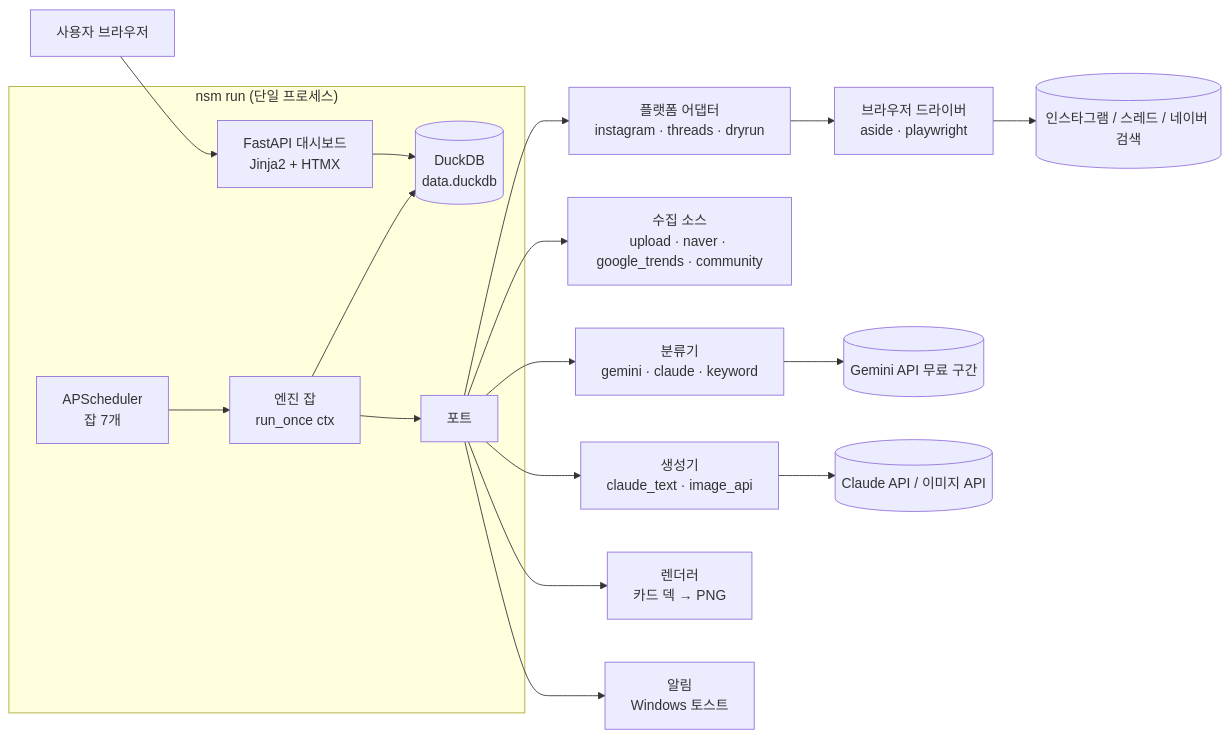
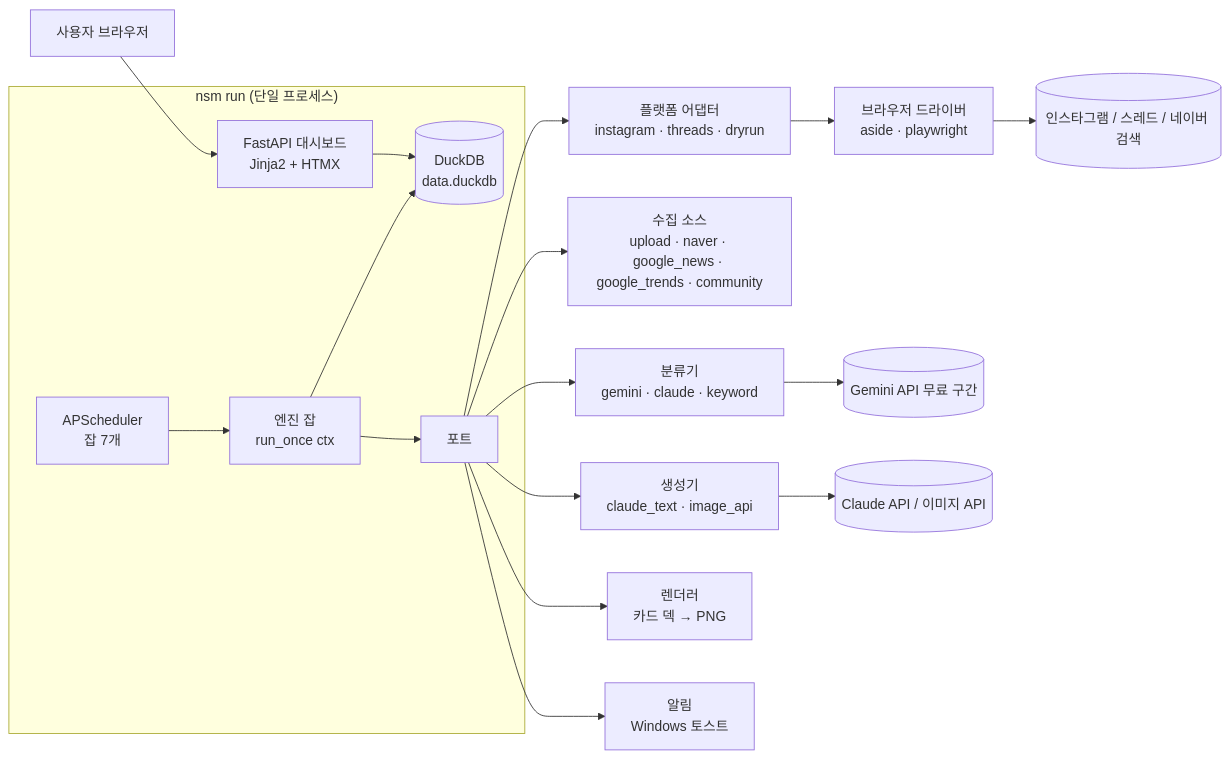
Before and after one commit to idktomorrow/non-sleep-marketer: the first of 3 diagrams in docs/architecture.md, drawn with Mermaid. The commit also changed other lines of this file and 16 other files, not shown here.

First line of the commit message:
feat(sources): collect topic news from Google News RSS

````diff
--- a/docs/architecture.md
+++ b/docs/architecture.md
@@ -9,20 +9,20 @@
 ```mermaid
 flowchart LR
   subgraph P["nsm run (단일 프로세스)"]
     S[APScheduler<br/>잡 7개] --> E[엔진 잡<br/>run_once ctx]
     W[FastAPI 대시보드<br/>Jinja2 + HTMX] --> R[(DuckDB<br/>data.duckdb)]
     E --> R
     E --> PT[포트]
   end
   PT --> PA[플랫폼 어댑터<br/>instagram · threads · dryrun]
-  PT --> SRC[수집 소스<br/>upload · naver · google_trends · community]
+  PT --> SRC[수집 소스<br/>upload · naver · google_news · google_trends · community]
   PT --> CL[분류기<br/>gemini · claude · keyword]
   PT --> GEN[생성기<br/>claude_text · image_api]
   PT --> RD[렌더러<br/>카드 덱 → PNG]
   PT --> NT[알림<br/>Windows 토스트]
   PA --> DRV[브라우저 드라이버<br/>aside · playwright]
   DRV --> Web[(인스타그램 / 스레드 / 네이버 검색)]
   CL --> GM[(Gemini API 무료 구간)]
   GEN --> API[(Claude API / 이미지 API)]
   U[사용자 브라우저] --> W
 ```
````
